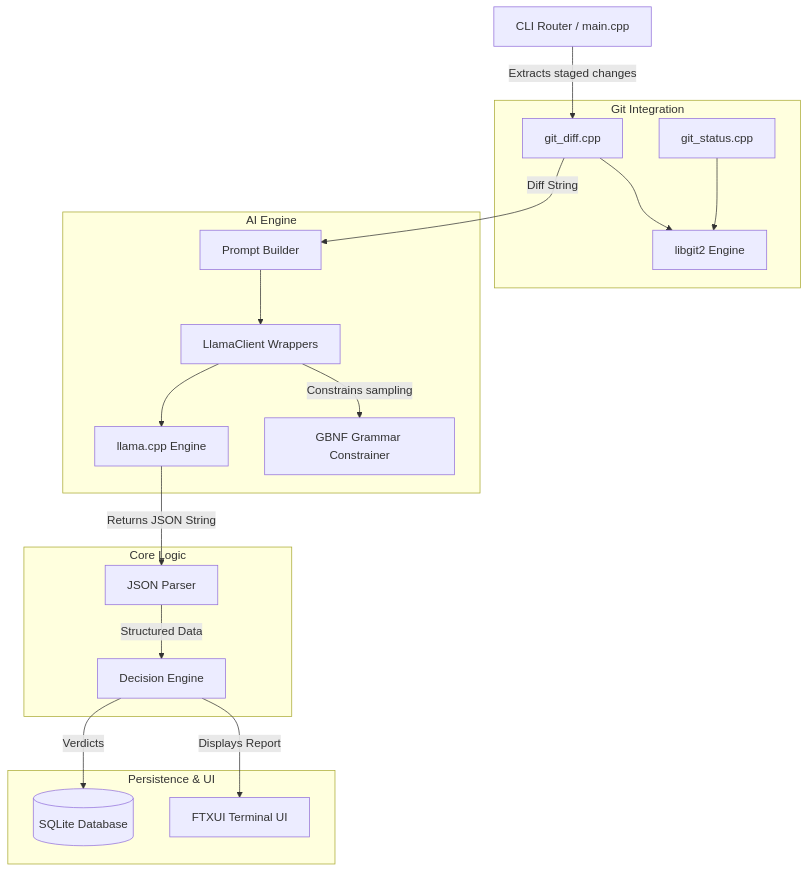
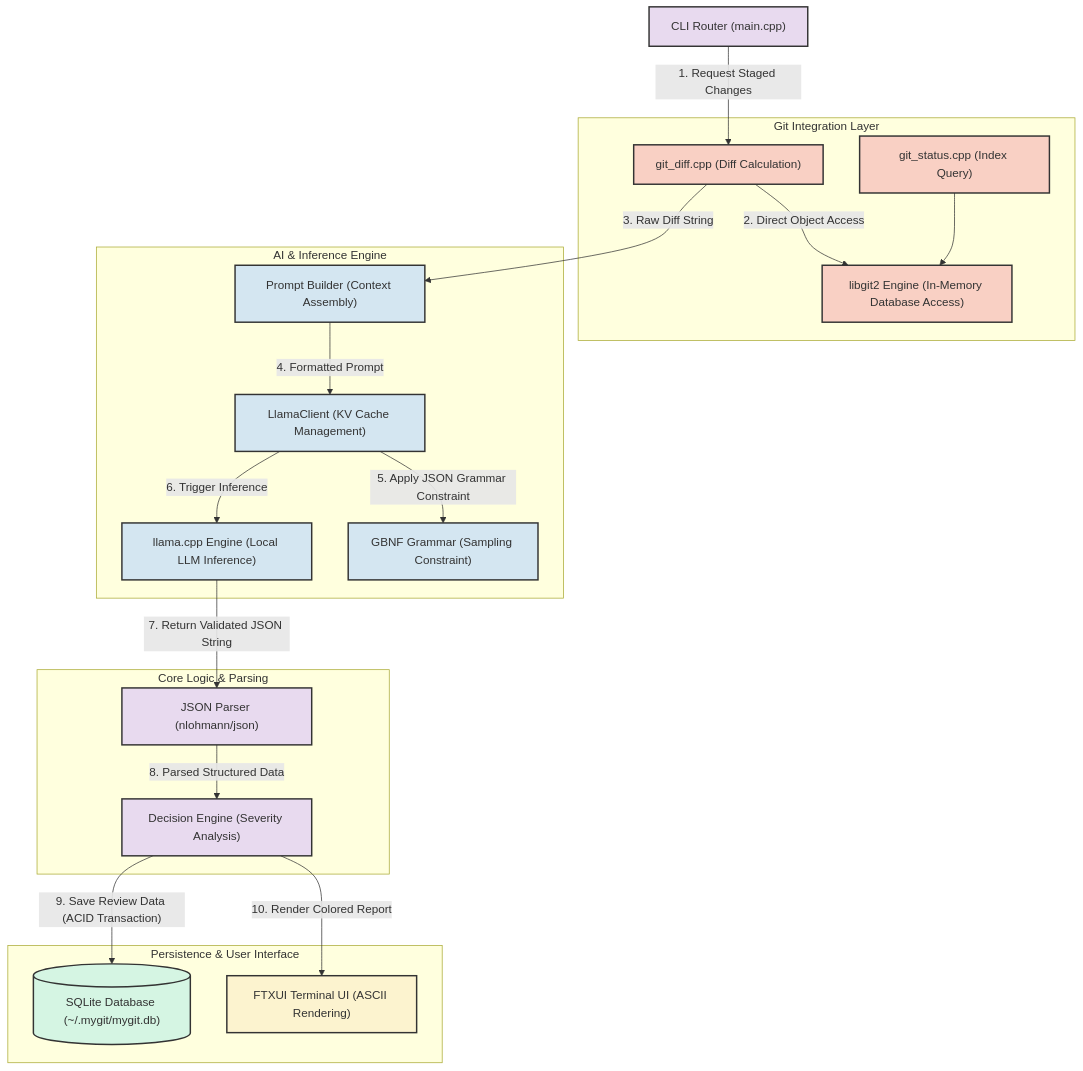
Before and after one commit to madhav-gfn/AI_code_reviewer_git: the first of 2 diagrams in README.md, drawn with Mermaid. The commit also changed other lines of this file, not shown here.

First line of the commit message:
docs: rewrite README with enhanced details and diagrams (#7)

````diff
--- a/README.md
+++ b/README.md
@@ -69,41 +76,47 @@
 ```mermaid
 graph TD
-    CLI["CLI Router / main.cpp"]
+    classDef git fill:#f9d0c4,stroke:#333,stroke-width:2px;
+    classDef ai fill:#d4e6f1,stroke:#333,stroke-width:2px;
+    classDef core fill:#e8daef,stroke:#333,stroke-width:2px;
+    classDef db fill:#d5f5e3,stroke:#333,stroke-width:2px;
+    classDef ui fill:#fcf3cf,stroke:#333,stroke-width:2px;
+
+    CLI["CLI Router (main.cpp)"]:::core
     
-    subgraph Git Integration
-        LibGit["libgit2 Engine"]
-        GitDiff["git_diff.cpp"]
-        GitStatus["git_status.cpp"]
+    subgraph Git_Integration [Git Integration Layer]
+        LibGit["libgit2 Engine (In-Memory Database Access)"]:::git
+        GitDiff["git_diff.cpp (Diff Calculation)"]:::git
+        GitStatus["git_status.cpp (Index Query)"]:::git
     end
     
-    subgraph AI Engine
-        PromptBuilder["Prompt Builder"]
-        LlamaCPP["llama.cpp Engine"]
-        LlamaClient["LlamaClient Wrappers"]
-        GBNF["GBNF Grammar Constrainer"]
+    subgraph AI_Engine [AI & Inference Engine]
+        PromptBuilder["Prompt Builder (Context Assembly)"]:::ai
+        LlamaCPP["llama.cpp Engine (Local LLM Inference)"]:::ai
+        LlamaClient["LlamaClient (KV Cache Management)"]:::ai
+        GBNF["GBNF Grammar (Sampling Constraint)"]:::ai
     end
     
-    subgraph Core Logic
-        DecisionEngine["Decision Engine"]
-        Parser["JSON Parser"]
+    subgraph Core_Logic [Core Logic & Parsing]
+        DecisionEngine["Decision Engine (Severity Analysis)"]:::core
+        Parser["JSON Parser (nlohmann/json)"]:::core
     end
     
-    subgraph Persistence & UI
-        SQLite[("SQLite Database")]
-        FTXUI["FTXUI Terminal UI"]
+    subgraph Persistence_UI [Persistence & User Interface]
+        SQLite[("SQLite Database (~/.mygit/mygit.db)")]:::db
+        FTXUI["FTXUI Terminal UI (ASCII Rendering)"]:::ui
     end
 
-    CLI -->|"Extracts staged changes"| GitDiff
-    GitDiff --> LibGit
+    CLI -->|"1. Request Staged Changes"| GitDiff
     GitStatus --> LibGit
+    GitDiff -->|"2. Direct Object Access"| LibGit
     
-    GitDiff -->|"Diff String"| PromptBuilder
-    PromptBuilder --> LlamaClient
-    LlamaClient -->|"Constrains sampling"| GBNF
-    LlamaClient --> LlamaCPP
-    LlamaCPP -->|"Returns JSON String"| Parser
+    GitDiff -->|"3. Raw Diff String"| PromptBuilder
+    PromptBuilder -->|"4. Formatted Prompt"| LlamaClient
+    LlamaClient -->|"5. Apply JSON Grammar Constraint"| GBNF
+    LlamaClient -->|"6. Trigger Inference"| LlamaCPP
+    LlamaCPP -->|"7. Return Validated JSON String"| Parser
     
-    Parser -->|"Structured Data"| DecisionEngine
-    DecisionEngine -->|"Verdicts"| SQLite
-    DecisionEngine -->|"Displays Report"| FTXUI
+    Parser -->|"8. Parsed Structured Data"| DecisionEngine
+    DecisionEngine -->|"9. Save Review Data (ACID Transaction)"| SQLite
+    DecisionEngine -->|"10. Render Colored Report"| FTXUI
 ```
````
